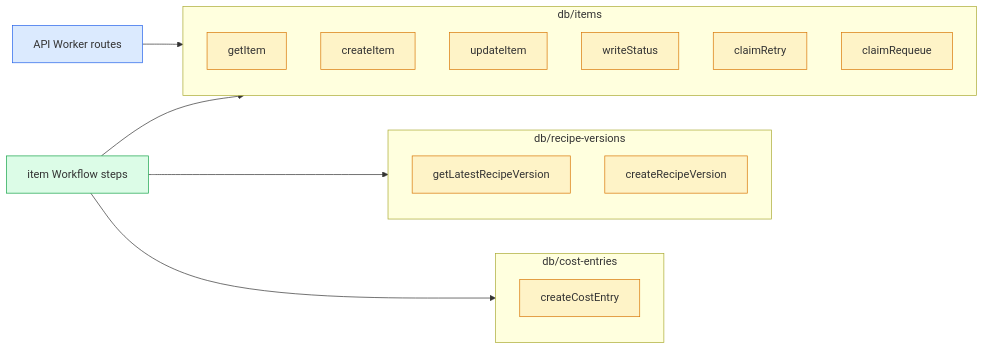
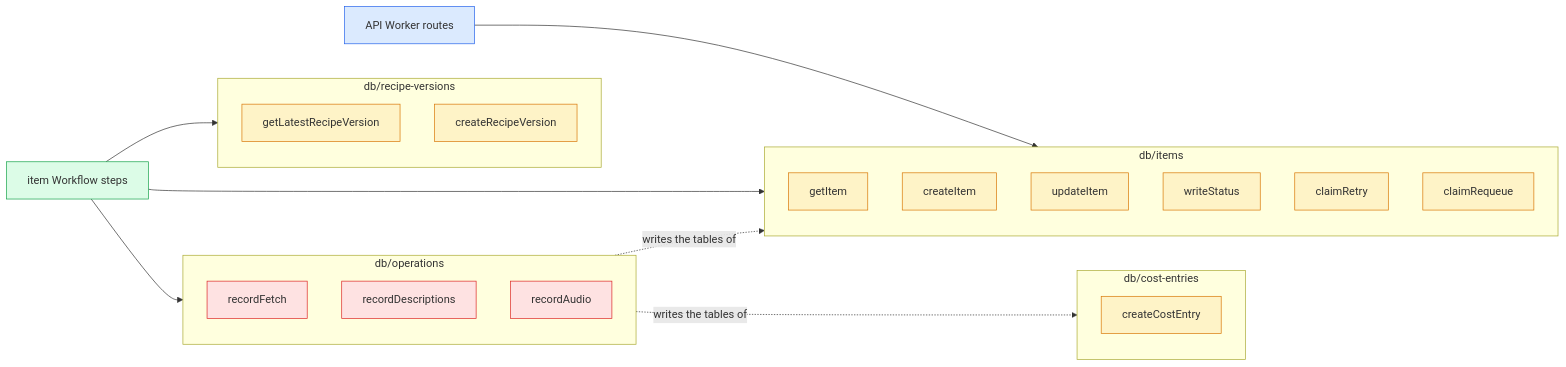
One commit to asermax/nagara changed the second of 2 diagrams in docs/technical-design/common-package.md. Above: the diagram before and after it, drawn with Mermaid. The commit also changed other lines of this file and 2 other files, not shown here.

Commit message:
docs: describe the D1 functions as running and returning rows, and the atomic writes

````diff
--- a/docs/technical-design/common-package.md
+++ b/docs/technical-design/common-package.md
@@ -80,33 +80,43 @@
 ```mermaid
 flowchart LR
   subgraph items ["db/items"]
     direction TB
     gi["getItem"]
     ci["createItem"]
     ui["updateItem"]
     ws["writeStatus"]
     cr["claimRetry"]
     cq["claimRequeue"]
   end
   subgraph recipes ["db/recipe-versions"]
     direction TB
     gr["getLatestRecipeVersion"]
     crv["createRecipeVersion"]
   end
   subgraph costs ["db/cost-entries"]
     direction TB
     cc["createCostEntry"]
   end
+  subgraph ops ["db/operations"]
+    direction TB
+    rf["recordFetch"]
+    rd["recordDescriptions"]
+    ra["recordAudio"]
+  end
   api@{ shape: rect, label: "API Worker routes" }
   pipe@{ shape: rect, label: "item Workflow steps" }
   api --> items
   pipe --> items
   pipe --> recipes
-  pipe --> costs
+  pipe --> ops
+  ops -.->|"writes the tables of"| items
+  ops -.->|"writes the tables of"| costs
   classDef q fill:#fef3c7,stroke:#d97706
+  classDef op fill:#fee2e2,stroke:#dc2626
   classDef worker fill:#dbeafe,stroke:#2563eb
   classDef flow fill:#dcfce7,stroke:#16a34a
   class gi,ci,ui,ws,cr,cq,gr,crv,cc q
+  class rf,rd,ra op
   class api worker
   class pipe flow
 ```
````
